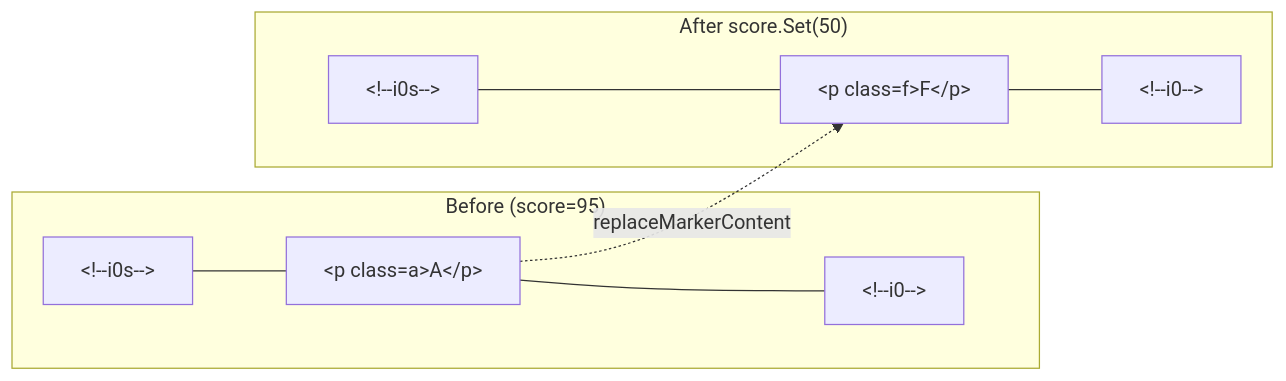
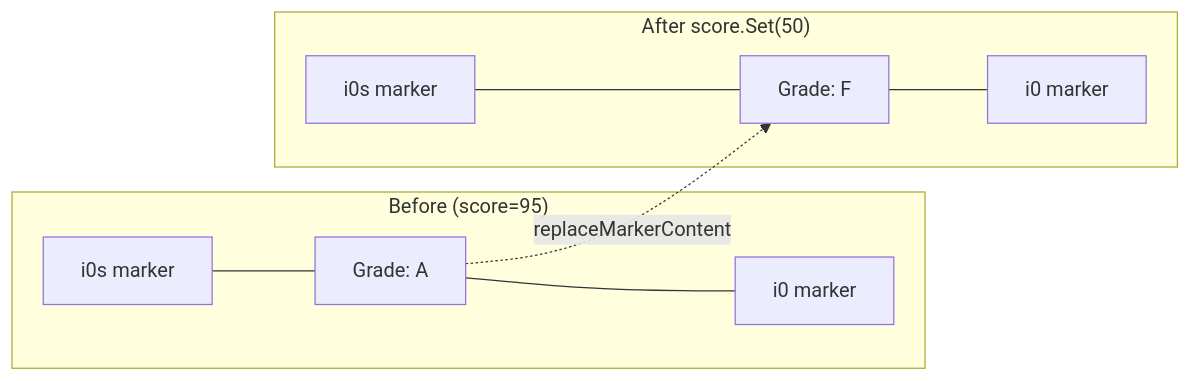
One commit to tbocek/preveltekit changed the seventh of 12 diagrams in new/ARCHITECTURE.md. Above: the diagram before and after it, drawn with Mermaid. The commit also changed other lines of this file, not shown here.

````diff
--- a/new/ARCHITECTURE.md
+++ b/new/ARCHITECTURE.md
@@ -421,10 +417,10 @@
 ```mermaid
 graph LR
     subgraph "Before (score=95)"
-        A1["&lt;!--i0s--&gt;"] --- B1["&lt;p class=a&gt;A&lt;/p&gt;"] --- C1["&lt;!--i0--&gt;"]
+        A1["i0s marker"] --- B1["Grade: A"] --- C1["i0 marker"]
     end
     subgraph "After score.Set(50)"
-        A2["&lt;!--i0s--&gt;"] --- B2["&lt;p class=f&gt;F&lt;/p&gt;"] --- C2["&lt;!--i0--&gt;"]
+        A2["i0s marker"] --- B2["Grade: F"] --- C2["i0 marker"]
     end
     B1 -.->|replaceMarkerContent| B2
 ```
````
